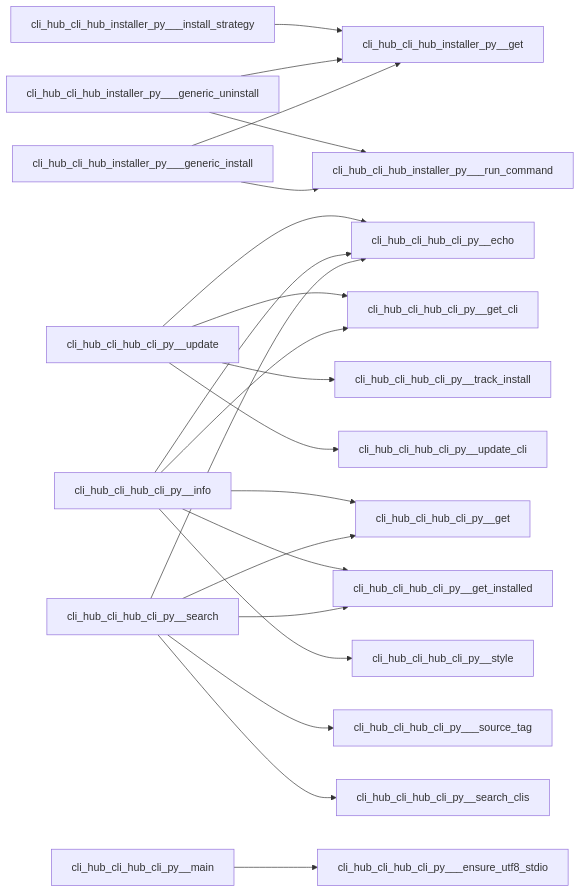
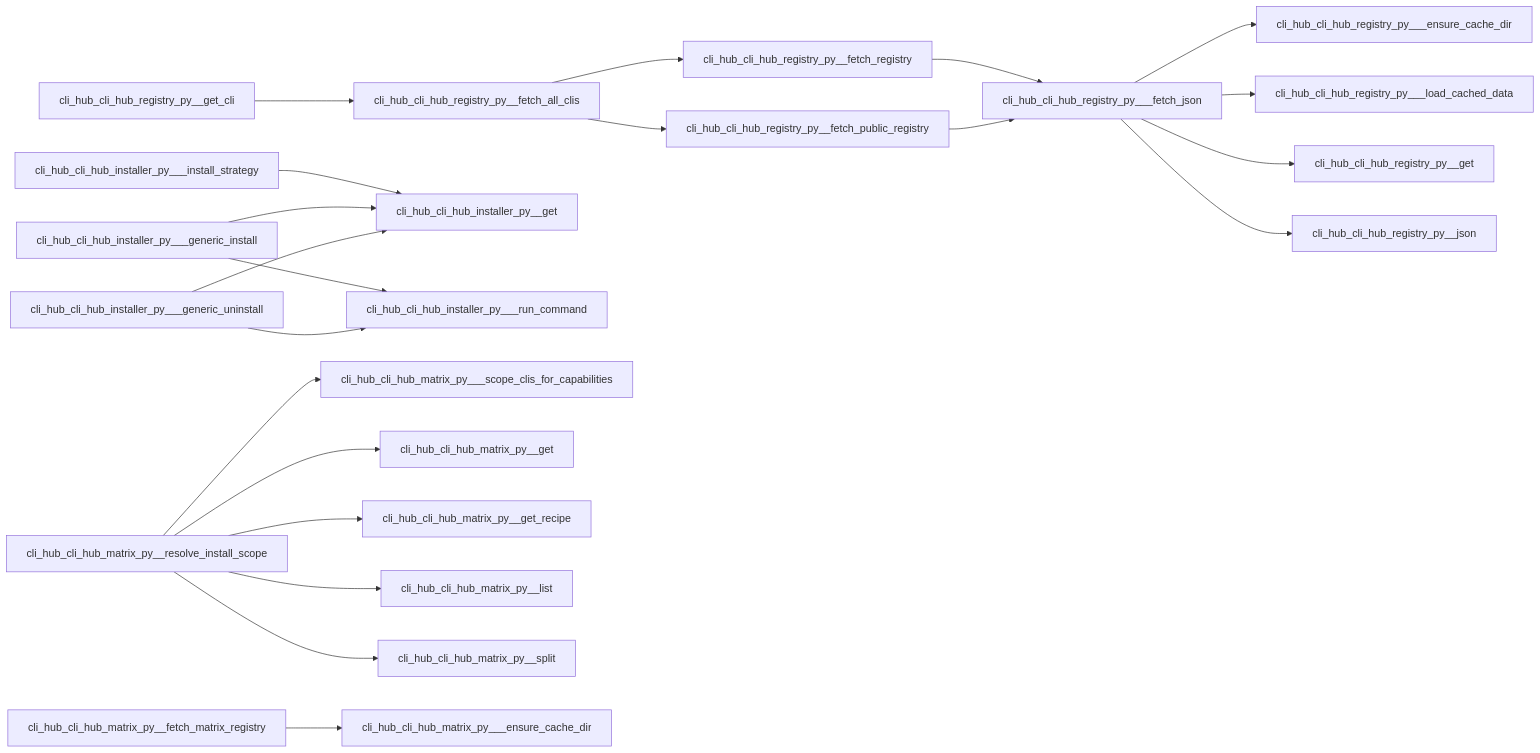
Before and after one commit to zhanglunet/req-code-kb: the diagram in site/kb-cli-anything/requirements/req-hub.md, drawn with Mermaid. The commit also changed other lines of this file and 13 other files, not shown here.

````diff
--- a/site/kb-cli-anything/requirements/req-hub.md
+++ b/site/kb-cli-anything/requirements/req-hub.md
@@ -58,23 +58,23 @@
 ```mermaid
 flowchart LR
+    cli_hub_cli_hub_registry_py__get_cli --> cli_hub_cli_hub_registry_py__fetch_all_clis
+    cli_hub_cli_hub_registry_py__fetch_all_clis --> cli_hub_cli_hub_registry_py__fetch_public_registry
+    cli_hub_cli_hub_registry_py__fetch_all_clis --> cli_hub_cli_hub_registry_py__fetch_registry
+    cli_hub_cli_hub_registry_py___fetch_json --> cli_hub_cli_hub_registry_py___ensure_cache_dir
+    cli_hub_cli_hub_registry_py___fetch_json --> cli_hub_cli_hub_registry_py___load_cached_data
+    cli_hub_cli_hub_registry_py___fetch_json --> cli_hub_cli_hub_registry_py__get
+    cli_hub_cli_hub_registry_py___fetch_json --> cli_hub_cli_hub_registry_py__json
+    cli_hub_cli_hub_registry_py__fetch_registry --> cli_hub_cli_hub_registry_py___fetch_json
+    cli_hub_cli_hub_registry_py__fetch_public_registry --> cli_hub_cli_hub_registry_py___fetch_json
     cli_hub_cli_hub_installer_py___install_strategy --> cli_hub_cli_hub_installer_py__get
+    cli_hub_cli_hub_installer_py___generic_install --> cli_hub_cli_hub_installer_py___run_command
+    cli_hub_cli_hub_installer_py___generic_install --> cli_hub_cli_hub_installer_py__get
     cli_hub_cli_hub_installer_py___generic_uninstall --> cli_hub_cli_hub_installer_py___run_command
     cli_hub_cli_hub_installer_py___generic_uninstall --> cli_hub_cli_hub_installer_py__get
-    cli_hub_cli_hub_installer_py___generic_install --> cli_hub_cli_hub_installer_py___run_command
-    cli_hub_cli_hub_installer_py___generic_install --> cli_hub_cli_hub_installer_py__get
-    cli_hub_cli_hub_cli_py__update --> cli_hub_cli_hub_cli_py__echo
-    cli_hub_cli_hub_cli_py__update --> cli_hub_cli_hub_cli_py__get_cli
-    cli_hub_cli_hub_cli_py__update --> cli_hub_cli_hub_cli_py__track_install
-    cli_hub_cli_hub_cli_py__update --> cli_hub_cli_hub_cli_py__update_cli
-    cli_hub_cli_hub_cli_py__info --> cli_hub_cli_hub_cli_py__echo
-    cli_hub_cli_hub_cli_py__info --> cli_hub_cli_hub_cli_py__get
-    cli_hub_cli_hub_cli_py__info --> cli_hub_cli_hub_cli_py__get_cli
-    cli_hub_cli_hub_cli_py__info --> cli_hub_cli_hub_cli_py__get_installed
-    cli_hub_cli_hub_cli_py__info --> cli_hub_cli_hub_cli_py__style
-    cli_hub_cli_hub_cli_py__search --> cli_hub_cli_hub_cli_py___source_tag
-    cli_hub_cli_hub_cli_py__search --> cli_hub_cli_hub_cli_py__echo
-    cli_hub_cli_hub_cli_py__search --> cli_hub_cli_hub_cli_py__get
-    cli_hub_cli_hub_cli_py__search --> cli_hub_cli_hub_cli_py__get_installed
-    cli_hub_cli_hub_cli_py__search --> cli_hub_cli_hub_cli_py__search_clis
-    cli_hub_cli_hub_cli_py__main --> cli_hub_cli_hub_cli_py___ensure_utf8_stdio
+    cli_hub_cli_hub_matrix_py__resolve_install_scope --> cli_hub_cli_hub_matrix_py___scope_clis_for_capabilities
+    cli_hub_cli_hub_matrix_py__resolve_install_scope --> cli_hub_cli_hub_matrix_py__get
+    cli_hub_cli_hub_matrix_py__resolve_install_scope --> cli_hub_cli_hub_matrix_py__get_recipe
+    cli_hub_cli_hub_matrix_py__resolve_install_scope --> cli_hub_cli_hub_matrix_py__list
+    cli_hub_cli_hub_matrix_py__resolve_install_scope --> cli_hub_cli_hub_matrix_py__split
+    cli_hub_cli_hub_matrix_py__fetch_matrix_registry --> cli_hub_cli_hub_matrix_py___ensure_cache_dir
 ```
````
